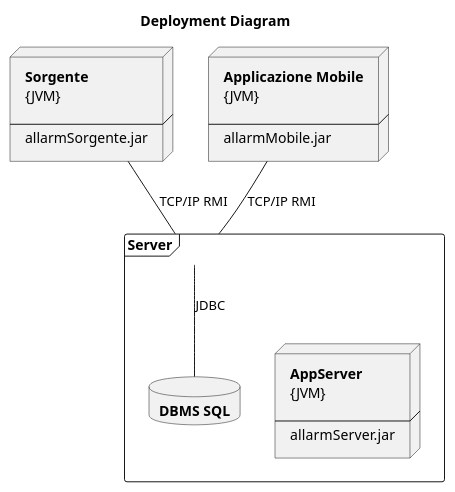
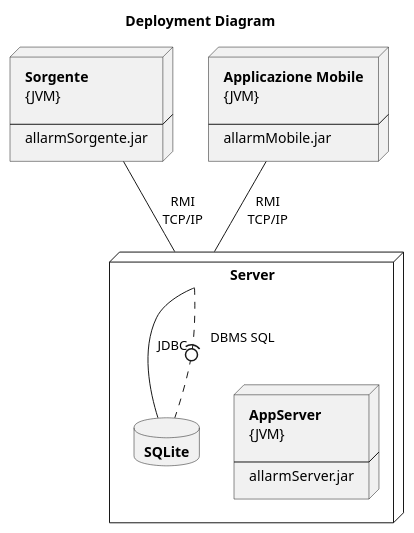
The diagram in docs/diagrams/deployment.puml (xFA25E/sweng_14_2019), drawn with PlantUML before and after one commit.

Commit message:
The abstraction of DBMS with interface and some graphics improvement.

```diff
--- a/docs/diagrams/deployment.puml
+++ b/docs/diagrams/deployment.puml
@@ -1,36 +1,38 @@
 @startuml
 title Deployment Diagram
 
 node Sorgente  [
 <b>Sorgente
 {JVM}
 
 ---
 allarmSorgente.jar
 ]
 
 node AppMobile[
 <b>Applicazione Mobile
 {JVM}
 
 ---
 allarmMobile.jar
 ]
 
-frame Server {
+node Server {
     node Server [
     <b>AppServer
     {JVM}
 
     ---
     allarmServer.jar
     ]
+
     database DB [
-    <b>DBMS SQL
+    <b>SQLite
     ]
 }
 
-Sorgente -- Server : TCP/IP RMI
-AppMobile -- Server : TCP/IP RMI
-Server -- DB : JDBC
+Sorgente -- Server : RMI\nTCP/IP
+AppMobile -- Server : RMI\nTCP/IP
+Server -- DB : \lJDBC
+Server .(0. DB :  "  DBMS SQL"
 @enduml
```
